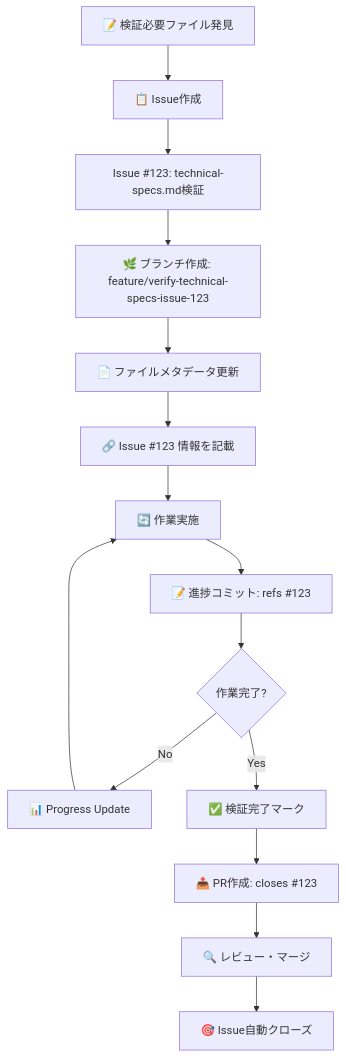
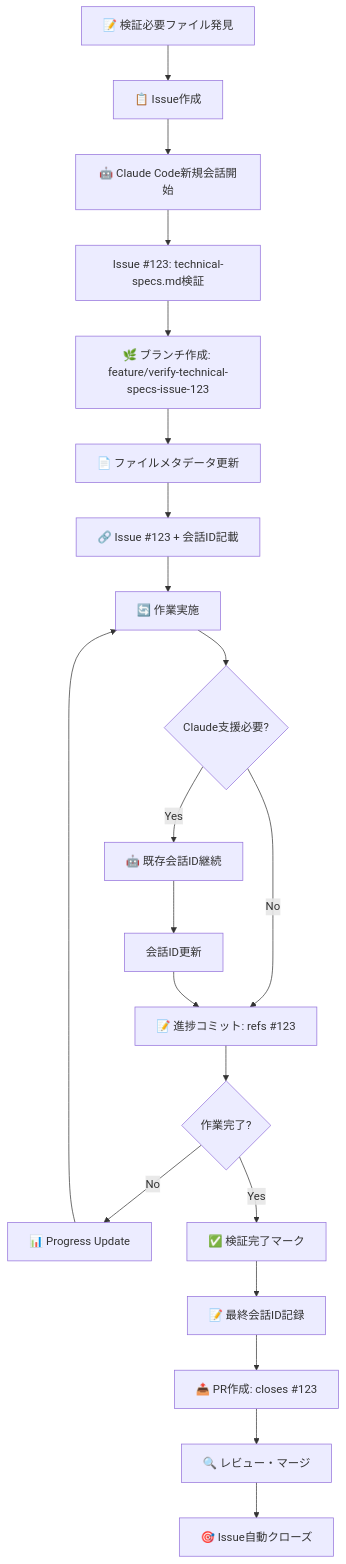
The third of 3 diagrams in docs/document-management-rules.md (w-pinkietech/iot4-copy), drawn with Mermaid before and after one commit. The commit also changed other lines of this file and 1 other file, not shown here.

First line of the commit message:
docs: Claude Code担当者召喚システムとCLAUDE.md連携を追加

````diff
--- a/docs/document-management-rules.md
+++ b/docs/document-management-rules.md
@@ -258,22 +265,30 @@
 ```mermaid
 graph TB
     A[📝 検証必要ファイル発見] --> B[📋 Issue作成]
     
-    B --> C[Issue #123: technical-specs.md検証]
-    C --> D[🌿 ブランチ作成: feature/verify-technical-specs-issue-123]
+    B --> C[🤖 Claude Code新規会話開始]
+    C --> D[Issue #123: technical-specs.md検証]
+    D --> E[🌿 ブランチ作成: feature/verify-technical-specs-issue-123]
     
-    D --> E[📄 ファイルメタデータ更新]
-    E --> F[🔗 Issue #123 情報を記載]
+    E --> F[📄 ファイルメタデータ更新]
+    F --> G[🔗 Issue #123 + 会話ID記載]
     
-    F --> G[🔄 作業実施]
-    G --> H[📝 進捗コミット: refs #123]
+    G --> H[🔄 作業実施]
+    H --> I{Claude支援必要?}
     
-    H --> I{作業完了?}
-    I -->|No| J[📊 Progress Update]
-    I -->|Yes| K[✅ 検証完了マーク]
+    I -->|Yes| J[🤖 既存会話ID継続]
+    I -->|No| K[📝 進捗コミット: refs #123]
     
-    J --> G
-    K --> L[📤 PR作成: closes #123]
-    L --> M[🔍 レビュー・マージ]
-    M --> N[🎯 Issue自動クローズ]
+    J --> L[会話ID更新]
+    L --> K
+    
+    K --> M{作業完了?}
+    M -->|No| N[📊 Progress Update]
+    M -->|Yes| O[✅ 検証完了マーク]
+    
+    N --> H
+    O --> P[📝 最終会話ID記録]
+    P --> Q[📤 PR作成: closes #123]
+    Q --> R[🔍 レビュー・マージ]
+    R --> S[🎯 Issue自動クローズ]
 ```
````
